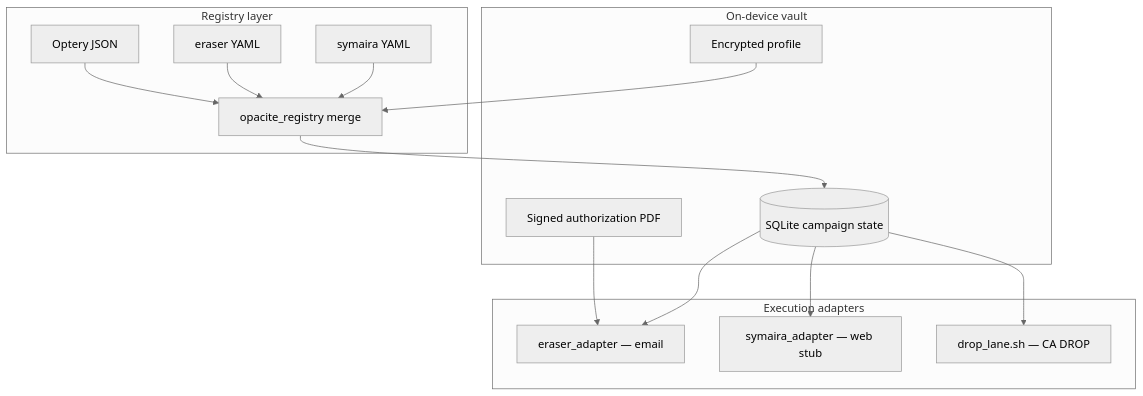
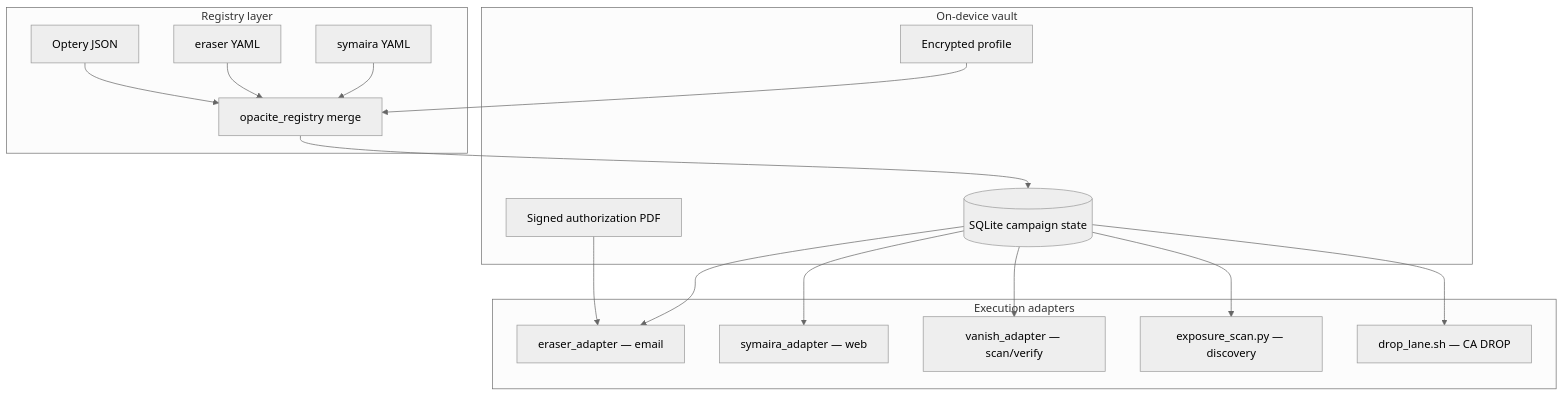
The diagram in ARCHITECTURE.md (weijia-89/opacite), drawn with Mermaid (neutral theme) before and after one commit. The commit also changed other lines of this file and 3 other files, not shown here.

````diff
--- a/ARCHITECTURE.md
+++ b/ARCHITECTURE.md
@@ -23,31 +24,35 @@
 ```mermaid
 flowchart TB
   subgraph vault [On-device vault]
     Profile[Encrypted profile]
     Mandate[Signed authorization PDF]
     State[(SQLite campaign state)]
   end
 
   subgraph registry [Registry layer]
     Optery[Optery JSON]
     EraserYaml[eraser YAML]
     Symaira[symaira YAML]
     Merge[opacite_registry merge]
   end
 
   subgraph execute [Execution adapters]
     EraserLane[eraser_adapter — email]
-    SymairaLane[symaira_adapter — web stub]
+    SymairaLane[symaira_adapter — web]
+    VanishLane[vanish_adapter — scan/verify]
+    ScanLane[exposure_scan.py — discovery]
     DropLane[drop_lane.sh — CA DROP]
   end
 
   Profile --> Merge
   Optery --> Merge
   EraserYaml --> Merge
   Symaira --> Merge
   Merge --> State
   State --> EraserLane
   State --> SymairaLane
+  State --> VanishLane
+  State --> ScanLane
   State --> DropLane
   Mandate --> EraserLane
 ```
````
